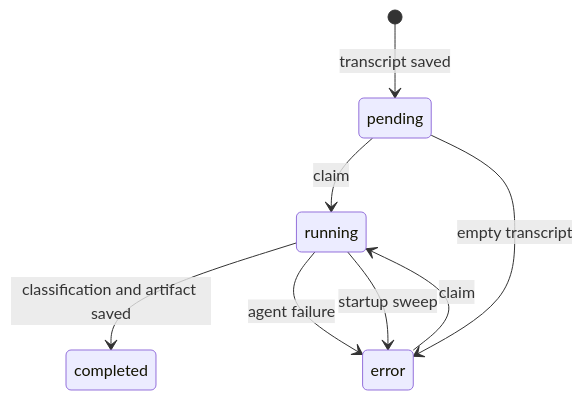
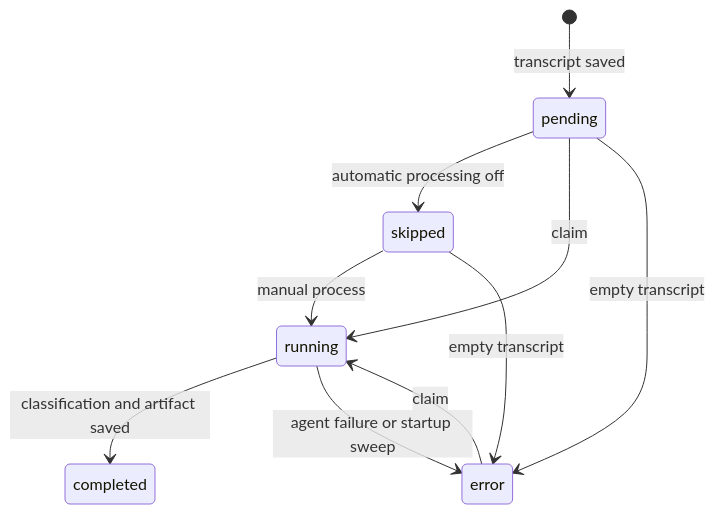
The second of 4 diagrams in docs/specs/explicit-state-machines.md (silvabyte/Audetic), drawn with Mermaid before and after one commit. The commit also changed other lines of this file, not shown here.

First line of the commit message:
docs: describe enrichment as the skipped status

````diff
--- a/docs/specs/explicit-state-machines.md
+++ b/docs/specs/explicit-state-machines.md
@@ -179,10 +187,12 @@
 ```mermaid
 stateDiagram-v2
   [*] --> pending: transcript saved
+  pending --> skipped: automatic processing off
   pending --> running: claim
+  skipped --> running: manual process
   error --> running: claim
   running --> completed: classification and artifact saved
-  running --> error: agent failure
-  running --> error: startup sweep
+  running --> error: agent failure or startup sweep
   pending --> error: empty transcript
+  skipped --> error: empty transcript
 ```
````
